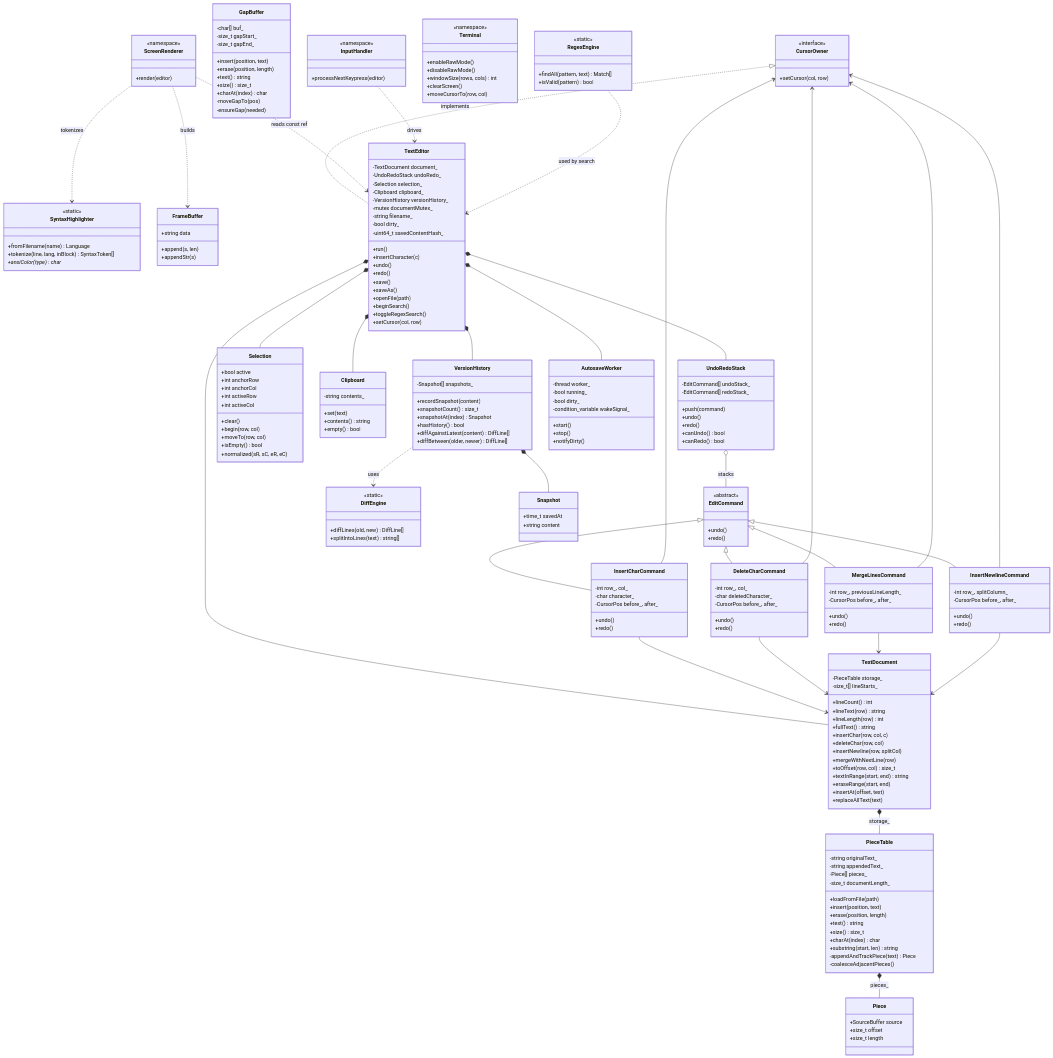
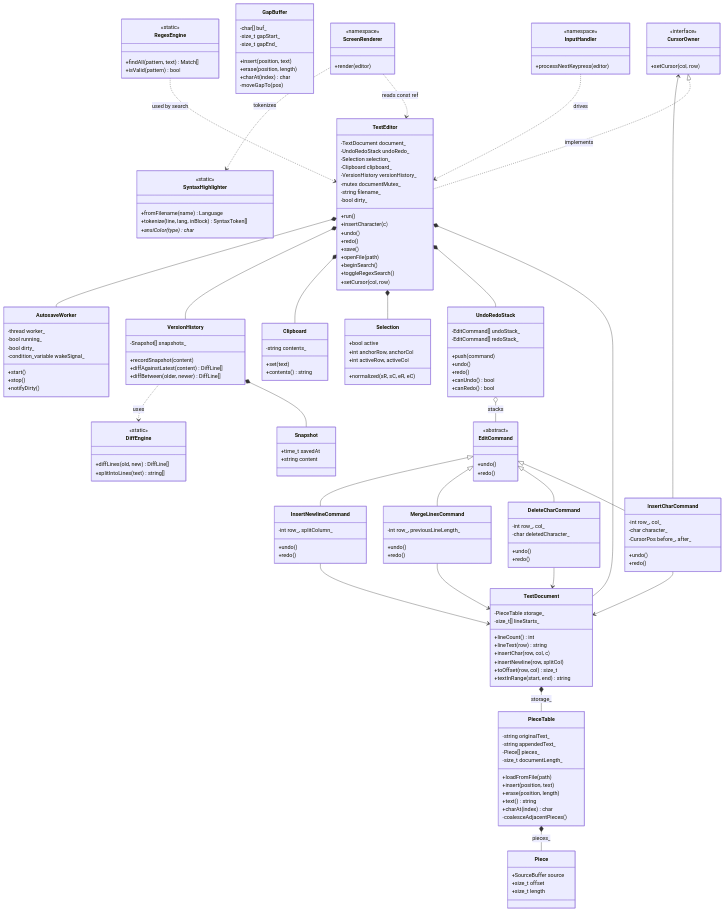
The second of 10 diagrams in README.md (PRADEEPERIYASAMY/piecetable-editor), drawn with Mermaid before and after one commit. The commit also changed other lines of this file, not shown here.

Commit message:
docs: Trim to 10 essential diagrams with color theming

````diff
--- a/README.md
+++ b/README.md
@@ -236,4 +204,5 @@
 ```mermaid
+%%{init: {'theme': 'default'}}%%
 classDiagram
     direction TB
 
@@ -251,10 +220,7 @@
         +insert(position, text)
         +erase(position, length)
         +text() string
-        +size() size_t
         +charAt(index) char
-        +substring(start, len) string
-        -appendAndTrackPiece(text) Piece
         -coalesceAdjacentPieces()
     }
 
@@ -270,11 +236,8 @@
         -size_t gapEnd_
         +insert(position, text)
         +erase(position, length)
-        +text() string
-        +size() size_t
         +charAt(index) char
         -moveGapTo(pos)
-        -ensureGap(needed)
     }
 
     class TextDocument {
@@ -282,17 +245,10 @@
         -size_t[] lineStarts_
         +lineCount() int
         +lineText(row) string
-        +lineLength(row) int
-        +fullText() string
         +insertChar(row, col, c)
-        +deleteChar(row, col)
         +insertNewline(row, splitCol)
-        +mergeWithNextLine(row)
         +toOffset(row, col) size_t
         +textInRange(start, end) string
-        +eraseRange(start, end)
-        +insertAt(offset, text)
-        +replaceAllText(text)
     }
 
     class EditCommand {
@@ -312,21 +268,18 @@
     class DeleteCharCommand {
         -int row_, col_
         -char deletedCharacter_
-        -CursorPos before_, after_
         +undo()
         +redo()
     }
 
     class MergeLinesCommand {
         -int row_, previousLineLength_
-        -CursorPos before_, after_
         +undo()
         +redo()
     }
 
     class InsertNewlineCommand {
         -int row_, splitColumn_
-        -CursorPos before_, after_
         +undo()
         +redo()
     }
@@ -343,14 +296,8 @@
 
     class Selection {
         +bool active
-        +int anchorRow
-        +int anchorCol
-        +int activeRow
-        +int activeCol
-        +clear()
-        +begin(row, col)
-        +moveTo(row, col)
-        +isEmpty() bool
+        +int anchorRow, anchorCol
+        +int activeRow, activeCol
         +normalized(sR, sC, eR, eC)
     }
 
@@ -358,7 +305,6 @@
         -string contents_
         +set(text)
         +contents() string
-        +empty() bool
     }
 
     class DiffEngine {
@@ -370,9 +316,6 @@
     class VersionHistory {
         -Snapshot[] snapshots_
         +recordSnapshot(content)
-        +snapshotCount() size_t
-        +snapshotAt(index) Snapshot
-        +hasHistory() bool
         +diffAgainstLatest(content) DiffLine[]
         +diffBetween(older, newer) DiffLine[]
     }
@@ -405,21 +348,6 @@
         +notifyDirty()
     }
 
-    class Terminal {
-        <<namespace>>
-        +enableRawMode()
-        +disableRawMode()
-        +windowSize(rows, cols) int
-        +clearScreen()
-        +moveCursorTo(row, col)
-    }
-
-    class FrameBuffer {
-        +string data
-        +append(s, len)
-        +appendStr(s)
-    }
-
     class ScreenRenderer {
         <<namespace>>
         +render(editor)
@@ -439,13 +367,11 @@
         -mutex documentMutex_
         -string filename_
         -bool dirty_
-        -uint64_t savedContentHash_
         +run()
         +insertCharacter(c)
         +undo()
         +redo()
         +save()
-        +saveAs()
         +openFile(path)
         +beginSearch()
         +toggleRegexSearch()
@@ -473,17 +399,12 @@
     InsertCharCommand --> TextDocument
     InsertCharCommand --> CursorOwner
     DeleteCharCommand --> TextDocument
-    DeleteCharCommand --> CursorOwner
     MergeLinesCommand --> TextDocument
-    MergeLinesCommand --> CursorOwner
     InsertNewlineCommand --> TextDocument
-    InsertNewlineCommand --> CursorOwner
 
     VersionHistory *-- Snapshot
     VersionHistory ..> DiffEngine : uses
-
     ScreenRenderer ..> TextEditor : reads const ref
-    ScreenRenderer ..> FrameBuffer : builds
     ScreenRenderer ..> SyntaxHighlighter : tokenizes
     InputHandler ..> TextEditor : drives
     RegexEngine ..> TextEditor : used by search
````
